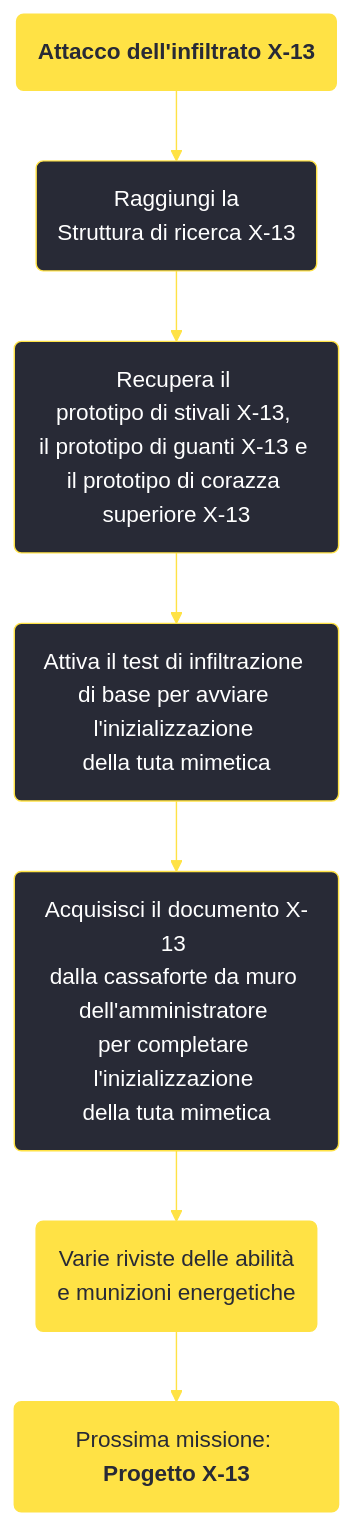
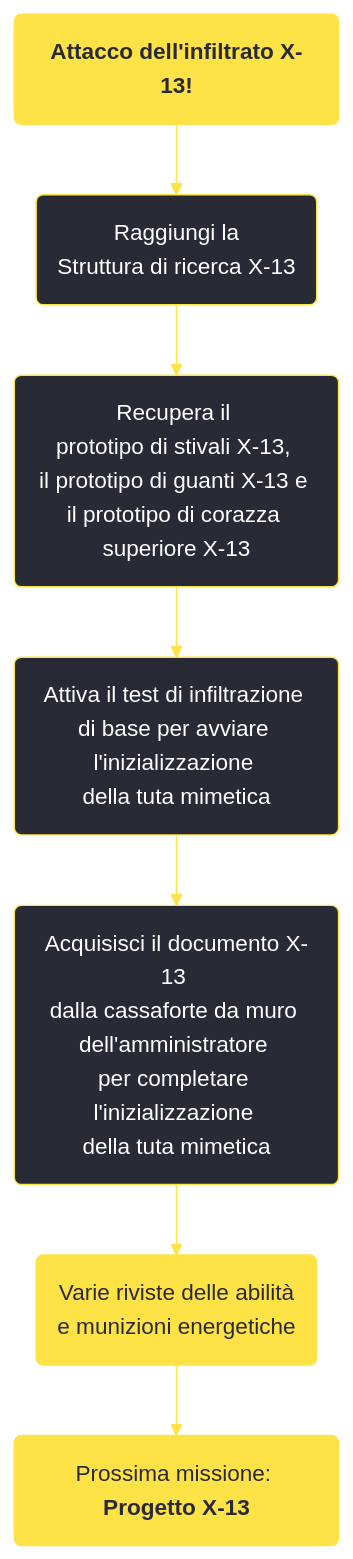
One commit to persy/wastelander changed the diagram in content/voci/fallout new vegas/missioni/Attacco dell'infiltrato X-13.md. Above: the diagram before and after it, drawn with Mermaid. The commit also changed other lines of this file and 50 other files, not shown here.

````diff
--- a/content/voci/fallout new vegas/missioni/Attacco dell'infiltrato X-13.md
+++ b/content/voci/fallout new vegas/missioni/Attacco dell'infiltrato X-13.md
@@ -32,17 +32,17 @@
 ```mermaid
 %%{init: {'theme': 'base', 'themeVariables': { 'primaryColor': '#282a36', 'primaryBorderColor': '#ffe245', 'primaryTextColor': '#fff', 'lineColor': '#ffe245', 'fontFamily': 'Jura'}}}%%
 graph TD;
-    id1(<b>Attacco dell'infiltrato X-13</b>):::questfnv
+    id1("<b>Attacco dell'infiltrato X-13!</b>"):::questfnv
     id2(Raggiungi la <br />Struttura di ricerca X-13)
     id3(Recupera il <br />prototipo di stivali X-13, <br />il prototipo di guanti X-13 e <br />il prototipo di corazza superiore X-13)
     id4(Attiva il test di infiltrazione <br />di base per avviare l'inizializzazione <br />della tuta mimetica)
     id5(Acquisisci il documento X-13 <br />dalla cassaforte da muro dell'amministratore <br />per completare l'inizializzazione <br />della tuta mimetica)
     id6(Varie riviste delle abilità<br /> e munizioni energetiche):::rewardfnv
     id7(Prossima missione: <b>Progetto X-13</b>):::questfnv
     
     id1-->id2-->id3-->id4-->id5-->id6-->id7
     
     click id "../progetto-x-13"
     classDef rewardfnv fill:#ffe245, stroke:#ffe245, color:#282a36;
     classDef questfnv fill:#ffe245, stroke:#ffe245, color:#282a36;
 ```
````
